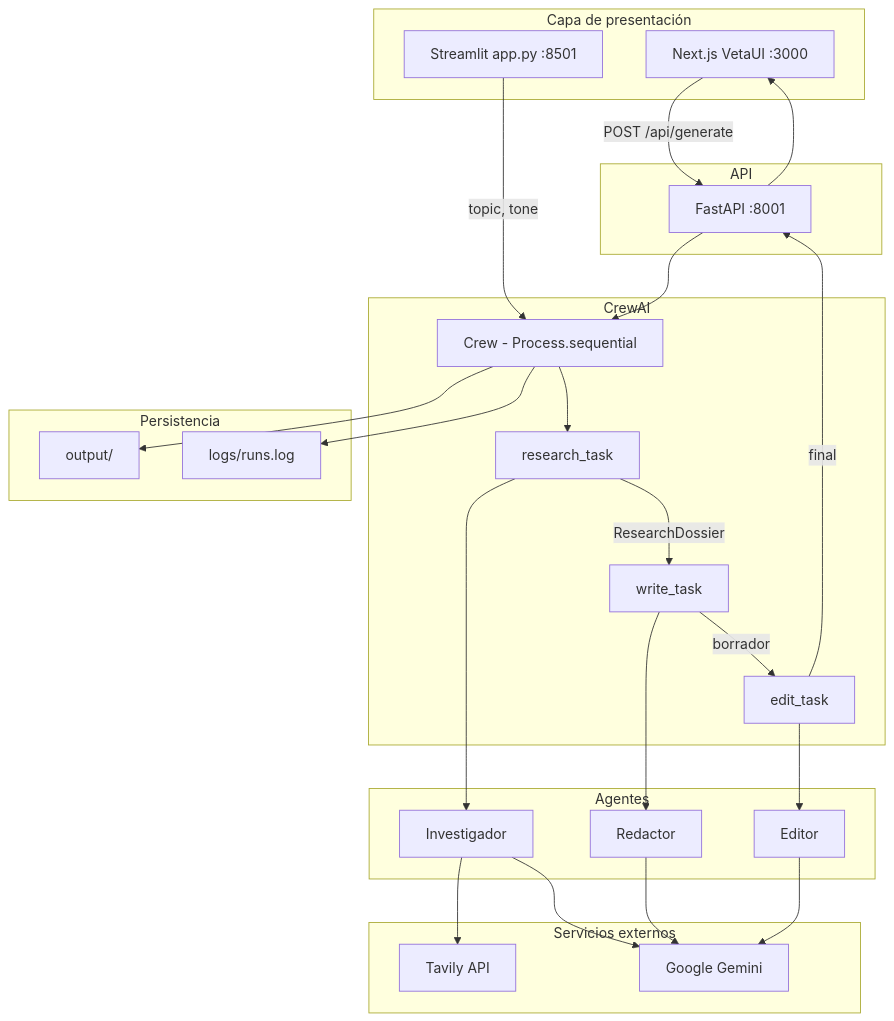
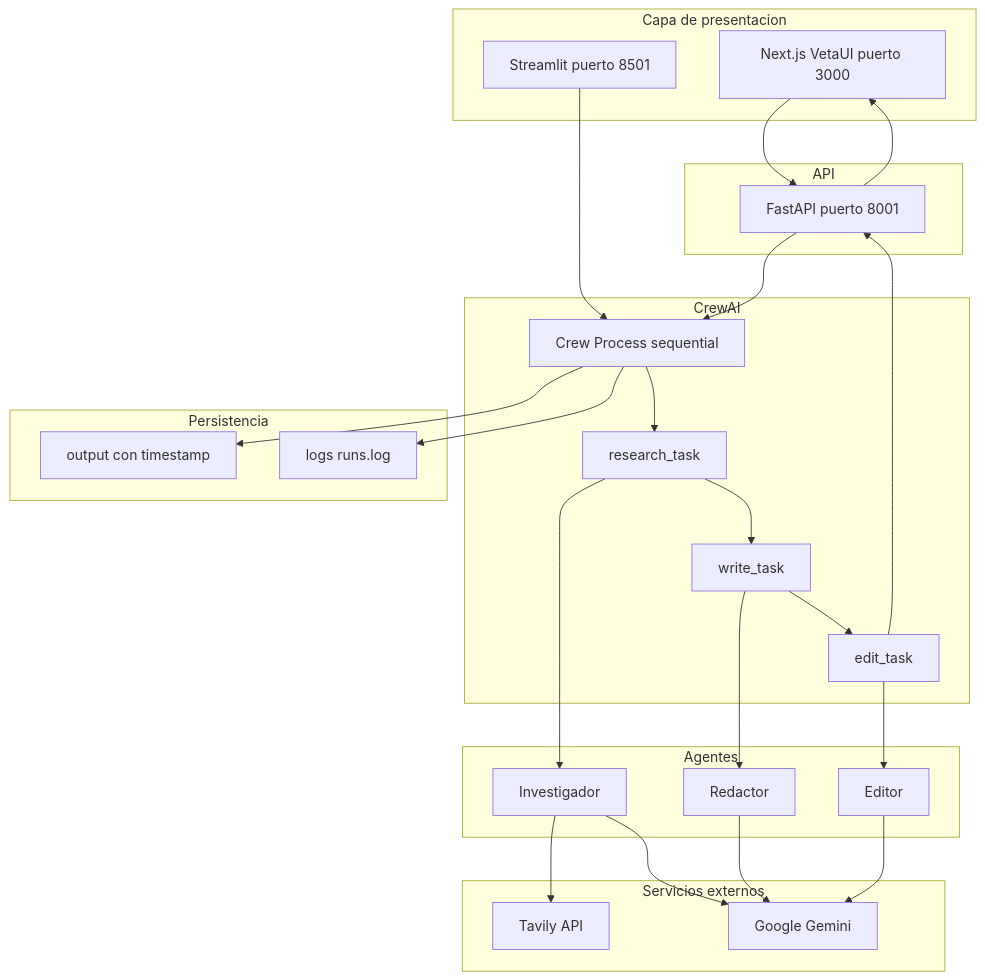
Before and after one commit to wasyra/editorial-crew-crewai: the diagram in docs/architecture.md, drawn with Mermaid. The commit also changed 1 other file, not shown here.

Commit message:
fix: diagramas Mermaid compatibles con GitHub

````diff
--- a/docs/architecture.md
+++ b/docs/architecture.md
@@ -5,49 +5,52 @@
 ```mermaid
 flowchart TB
-    subgraph ui [Capa de presentación]
-        WEB[Next.js VetaUI :3000]
-        ST[Streamlit app.py :8501]
+    subgraph presentation [Capa de presentacion]
+        WEB["Next.js VetaUI puerto 3000"]
+        ST["Streamlit puerto 8501"]
     end
 
-    subgraph api [API]
-        FAST[FastAPI :8001]
+    subgraph api_layer [API]
+        FAST["FastAPI puerto 8001"]
     end
 
     subgraph orchestration [CrewAI]
-        CREW[Crew - Process.sequential]
+        CREW["Crew Process sequential"]
         T1[research_task]
         T2[write_task]
         T3[edit_task]
     end
 
     subgraph agents [Agentes]
-        R[Investigador]
-        W[Redactor]
-        E[Editor]
+        AG_R[Investigador]
+        AG_W[Redactor]
+        AG_E[Editor]
     end
 
     subgraph external [Servicios externos]
         TAV[Tavily API]
         GEM[Google Gemini]
     end
 
     subgraph persistence [Persistencia]
-        OUT[output/]
-        LOG[logs/runs.log]
+        OUT["output con timestamp"]
+        LOG["logs runs.log"]
     end
 
-    WEB -->|POST /api/generate| FAST
-    ST -->|topic, tone| CREW
+    WEB --> FAST
+    ST --> CREW
     FAST --> CREW
-    CREW --> T1 --> R
-    R --> TAV
-    R --> GEM
-    T1 -->|ResearchDossier| T2
-    T2 --> W --> GEM
-    T2 -->|borrador| T3
-    T3 --> E --> GEM
-    T3 -->|final| FAST
+    CREW --> T1
+    T1 --> AG_R
+    AG_R --> TAV
+    AG_R --> GEM
+    T1 --> T2
+    T2 --> AG_W
+    AG_W --> GEM
+    T2 --> T3
+    T3 --> AG_E
+    AG_E --> GEM
+    T3 --> FAST
     FAST --> WEB
     CREW --> OUT
     CREW --> LOG
 ```
````
